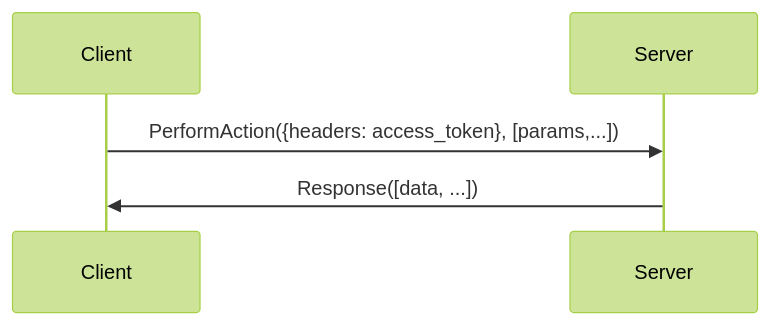
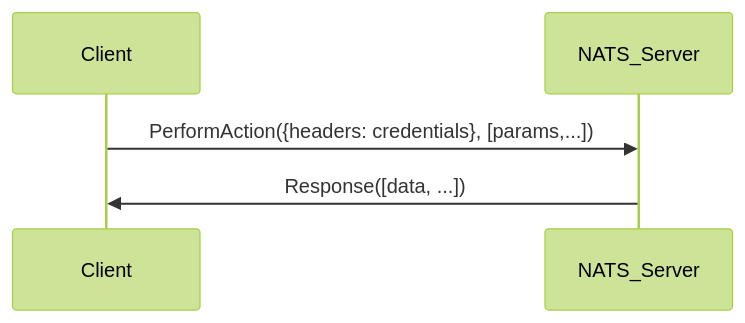
Before and after one commit to adimian/kova: the fifth of 8 diagrams in kova/authentication/docs.md, drawn with Mermaid (forest theme). The commit also changed other lines of this file and 46 other files, not shown here.

````diff
--- a/kova/authentication/docs.md
+++ b/kova/authentication/docs.md
@@ -34,5 +44,5 @@
 ```mermaid
 sequenceDiagram
-    Client ->> Server: PerformAction({headers: access_token}, [params,...])
-    Server ->> Client: Response([data, ...])
+    Client ->> NATS_Server: PerformAction({headers: credentials}, [params,...])
+    NATS_Server ->> Client: Response([data, ...])
 ```
````
